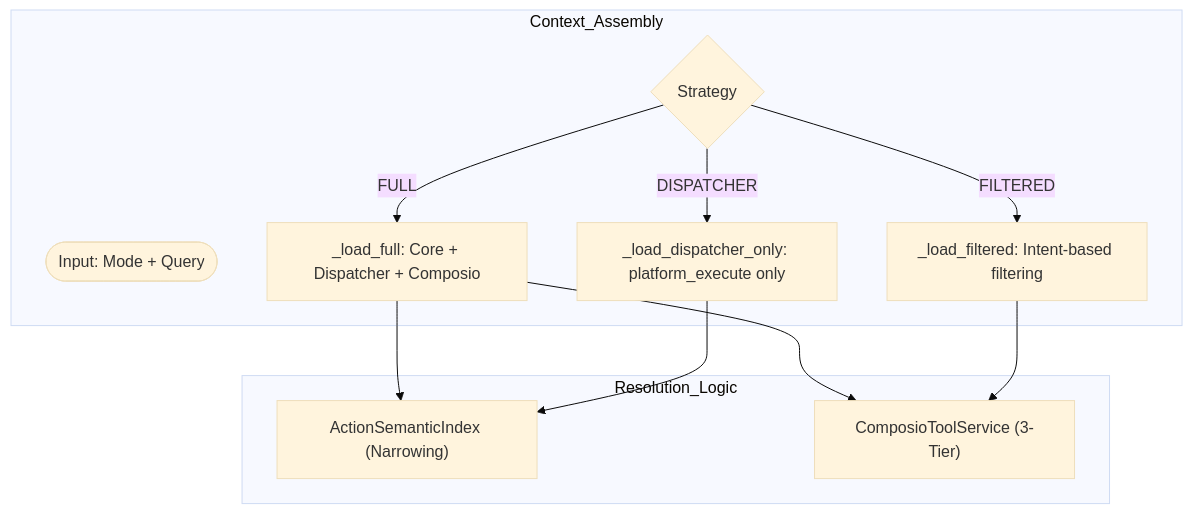
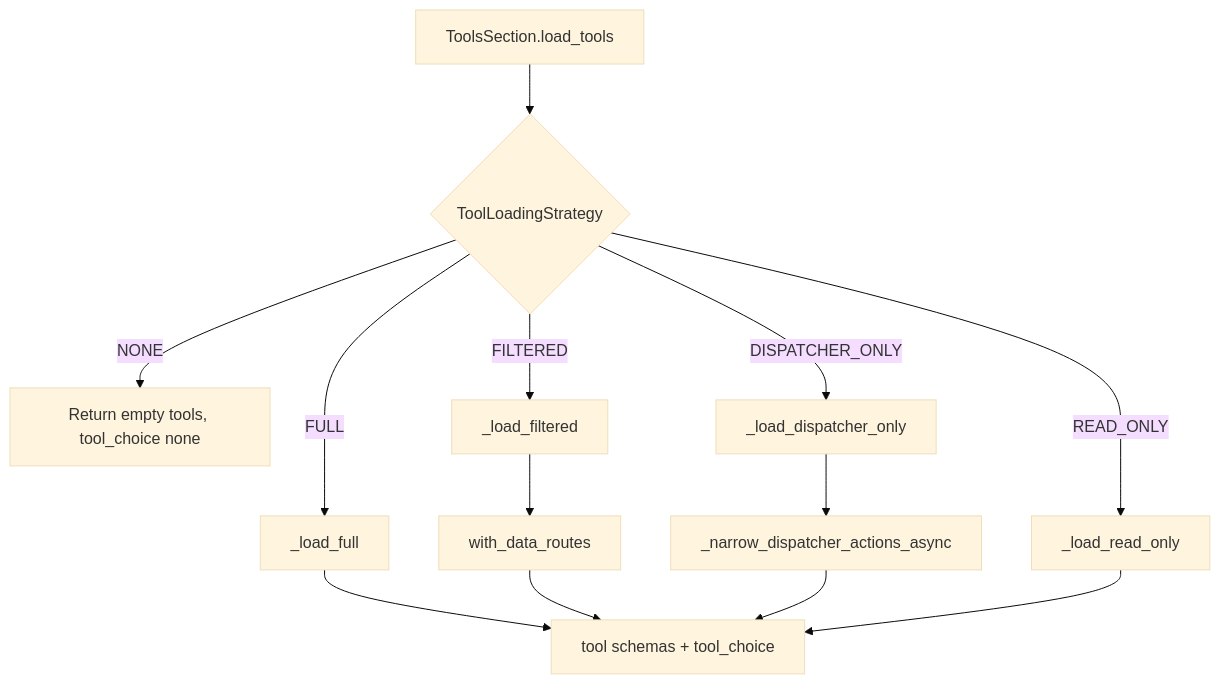
Before and after one commit to AutomatosAI/automatos-ai: the fourth of 5 diagrams in docs/tools-integrations/tool-discovery-resolution.md, drawn with Mermaid (base theme). The commit also changed other lines of this file and 188 other files, not shown here.

First line of the commit message:
docs: refresh architecture docs and add coverage for new subsystems (#1416)

````diff
--- a/docs/tools-integrations/tool-discovery-resolution.md
+++ b/docs/tools-integrations/tool-discovery-resolution.md
@@ -136,25 +176,15 @@
 ```mermaid
-graph TB
-    subgraph "Context_Assembly"
-        Start([Input: Mode + Query])
-        Strategy{Strategy}
-        
-        FULL["_load_full: Core + Dispatcher + Composio"]
-        FILTERED["_load_filtered: Intent-based filtering"]
-        DISPATCHER["_load_dispatcher_only: platform_execute only"]
-    end
-
-    subgraph "Resolution_Logic"
-        Semantic["ActionSemanticIndex (Narrowing)"]
-        CompRes["ComposioToolService (3-Tier)"]
-    end
-
-    Strategy -- FULL --> FULL
-    Strategy -- FILTERED --> FILTERED
-    Strategy -- DISPATCHER --> DISPATCHER
-
-    FULL --> Semantic
-    FULL --> CompRes
-    DISPATCHER --> Semantic
-    FILTERED --> CompRes
+flowchart TD
+    LoadTools["ToolsSection.load_tools"] --> Strategy{"ToolLoadingStrategy"}
+    Strategy -->|"NONE"| NoneResult["Return empty tools, tool_choice none"]
+    Strategy -->|"FULL"| Full["_load_full"]
+    Strategy -->|"FILTERED"| Filtered["_load_filtered"]
+    Strategy -->|"DISPATCHER_ONLY"| Dispatcher["_load_dispatcher_only"]
+    Strategy -->|"READ_ONLY"| ReadOnly["_load_read_only"]
+    Filtered --> DataRoutes["with_data_routes"]
+    Dispatcher --> Narrowing["_narrow_dispatcher_actions_async"]
+    Full --> ToolSchemas["tool schemas + tool_choice"]
+    DataRoutes --> ToolSchemas
+    Narrowing --> ToolSchemas
+    ReadOnly --> ToolSchemas
 ```
````
